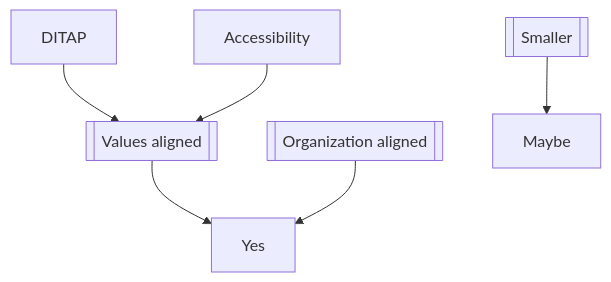
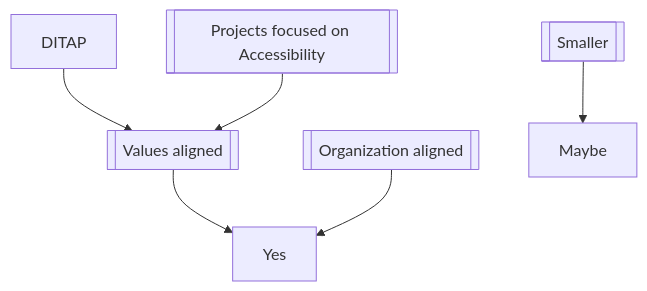
The second of 2 diagrams in impact.md (mgifford/mermaid-graphs), drawn with Mermaid before and after one commit.

Commit message:
accessibility

````diff
--- a/impact.md
+++ b/impact.md
@@ -26,8 +26,8 @@
 ```mermaid
 graph TD
    DITAP-->Tier1;
-   Accessibility-->Tier1;
+   Accessibility[[Projects focused on Accessibility]]-->Tier1;
    Tier1[[Values aligned]]-->Yes;
    Tier2[[Organization aligned]]-->Yes
    Tier3[[Smaller]]-->Maybe
 ```
````
